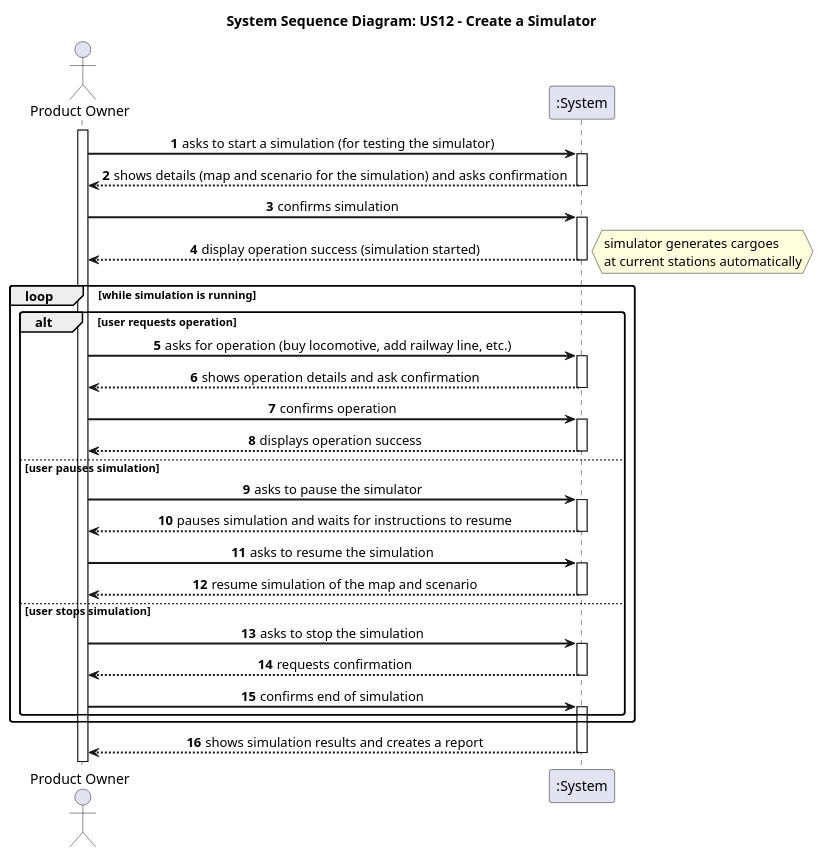
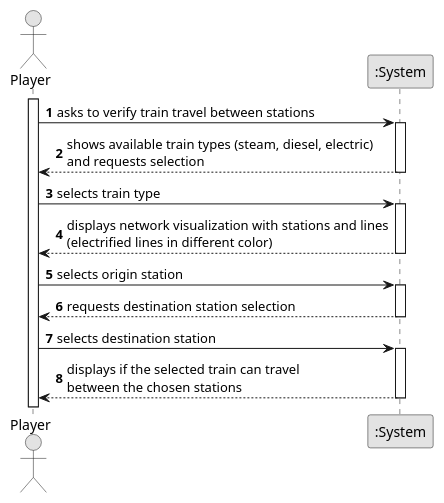
Before and after one commit to HenriqueSilva18/Railway-Network-Simulator: the diagram in docs/system-documentation/Sprint 2/US13/01.requirements-engineering/puml/US13-SSD.puml, drawn with PlantUML. The commit also changed 20 other files, not shown here.

```diff
--- a/docs/system-documentation/Sprint 2/US13/01.requirements-engineering/puml/US13-SSD.puml
+++ b/docs/system-documentation/Sprint 2/US13/01.requirements-engineering/puml/US13-SSD.puml
@@ -1,74 +1,37 @@
 @startuml
-skinparam sequenceMessageAlign center
-skinparam sequenceArrowThickness 2
-skinparam roundcorner 5
+skinparam monochrome true
+skinparam packageStyle rectangle
+skinparam shadowing false
+
 autonumber
 
-title System Sequence Diagram: US12 - Create a Simulator
-
-actor "Product Owner" as PO
+actor "Player" as Player
 participant ":System" as System
 
-activate PO
+activate Player
 
-    PO -> System : asks to start a simulation (for testing the simulator)
+    Player -> System : asks to verify train travel between stations
     activate System
 
-        System --> PO : shows details (map and scenario for the simulation) and asks confirmation
+        System --> Player : shows available train types (steam, diesel, electric)\nand requests selection
     deactivate System
 
-    PO -> System : confirms simulation
+    Player -> System : selects train type
     activate System
 
-        System --> PO : display operation success (simulation started)
+        System --> Player : displays network visualization with stations and lines\n(electrified lines in different color)
     deactivate System
 
-    hnote right
-        simulator generates cargoes
-        at current stations automatically
-    end note
+    Player -> System : selects origin station
+    activate System
 
-    loop while simulation is running
-        alt user requests operation
-            PO -> System : asks for operation (buy locomotive, add railway line, etc.)
-            activate System
+        System --> Player : requests destination station selection
+    deactivate System
 
-                System --> PO : shows operation details and ask confirmation
-            deactivate System
+    Player -> System : selects destination station
+    activate System
 
-            PO -> System : confirms operation
-            activate System
-
-                System --> PO : displays operation success
-            deactivate System
-
-        else user pauses simulation
-            PO -> System : asks to pause the simulator
-            activate System
-
-                System --> PO : pauses simulation and waits for instructions to resume
-            deactivate System
-
-            PO -> System : asks to resume the simulation
-            activate System
-
-                System --> PO : resume simulation of the map and scenario
-            deactivate System
-
-        else user stops simulation
-            PO -> System : asks to stop the simulation
-            activate System
-
-                System --> PO : requests confirmation
-            deactivate System
-
-            PO -> System : confirms end of simulation
-            activate System
-
-        end
-    end
-
-        System --> PO : shows simulation results and creates a report
+        System --> Player : displays if the selected train can travel\nbetween the chosen stations
     deactivate System
 
 @enduml
```
